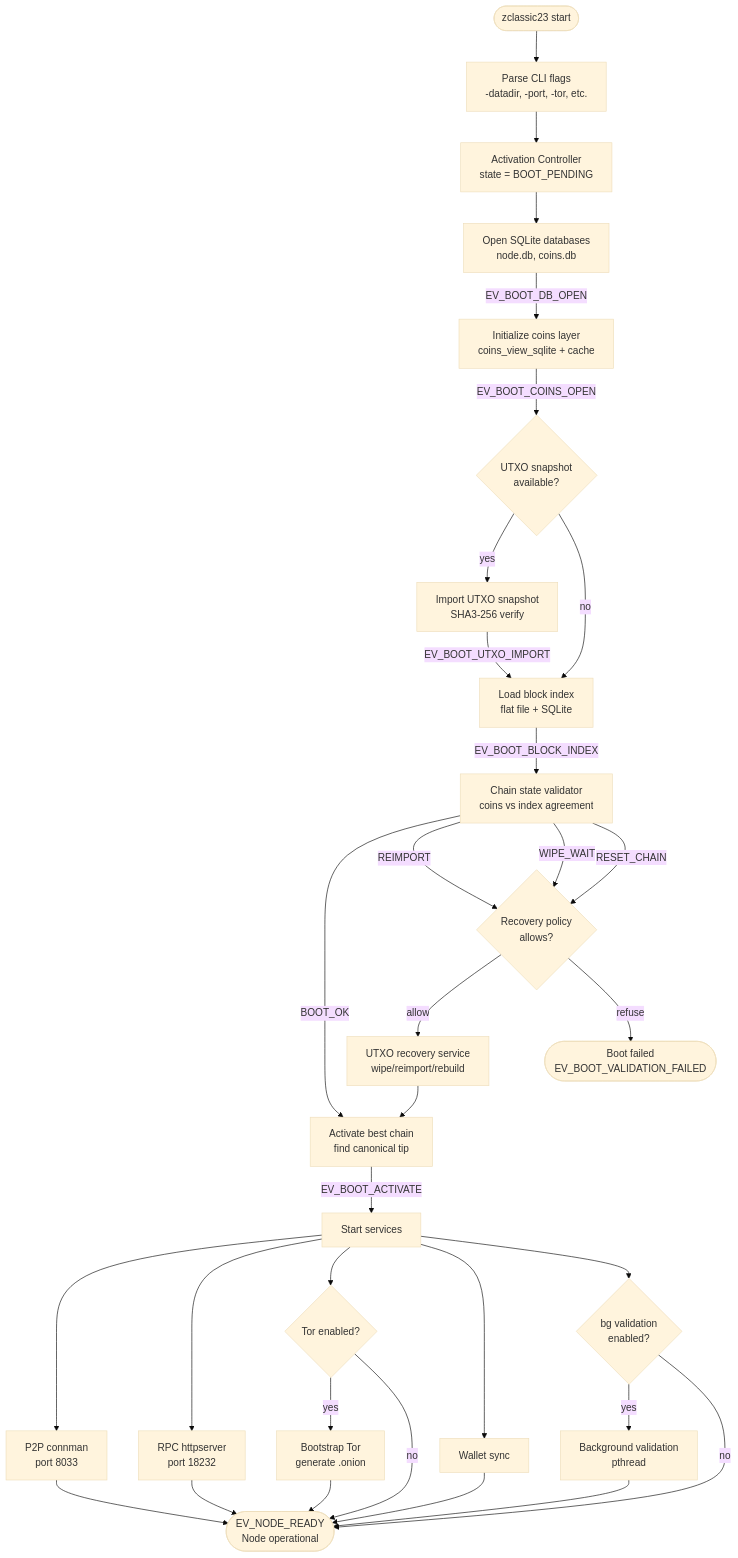
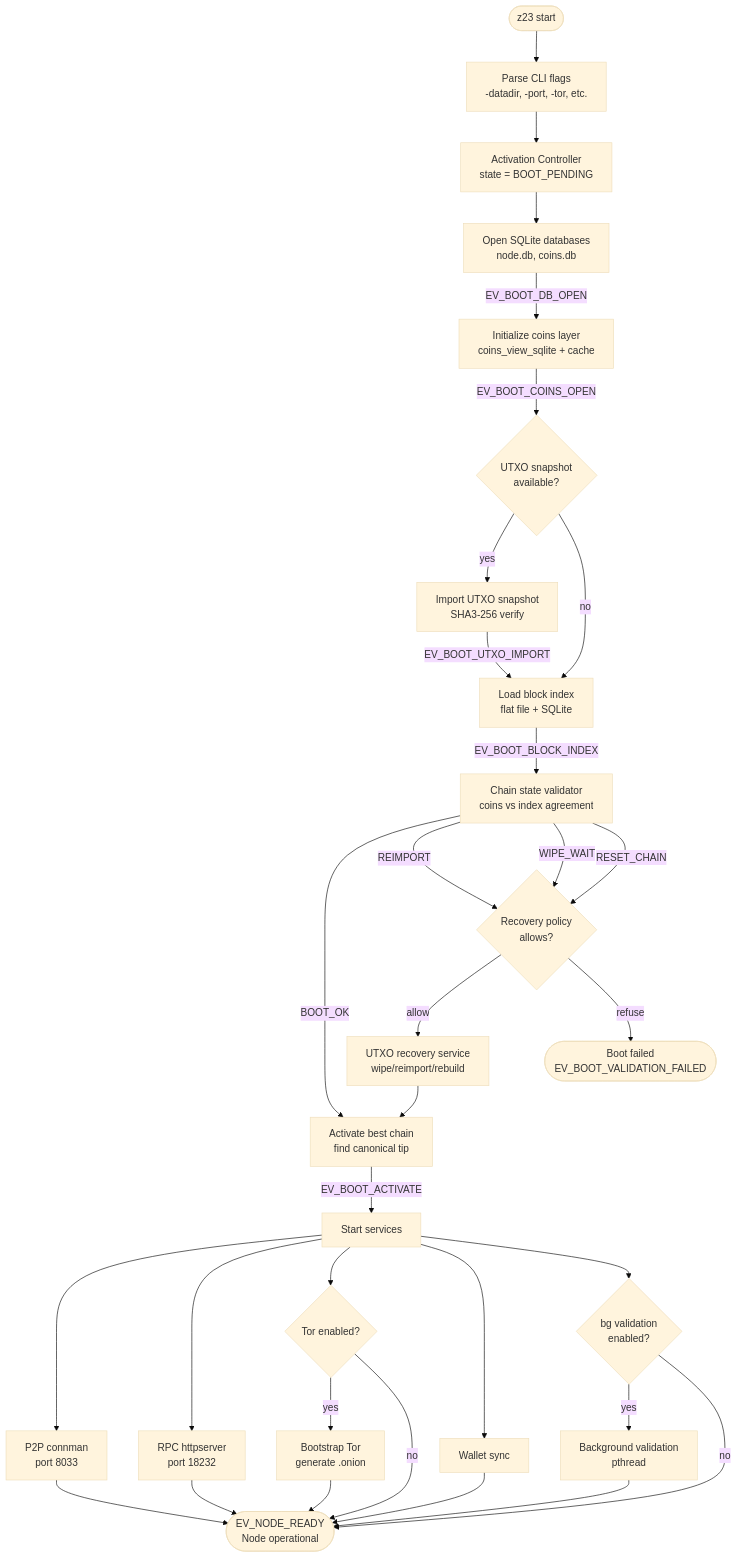
Before and after one commit to ZclassiC23/zclassic: the first of 5 diagrams in docs/ARCHITECTURE_DIAGRAMS.md, drawn with Mermaid (base theme). The commit also changed other lines of this file and 539 other files, not shown here.

````diff
--- a/docs/ARCHITECTURE_DIAGRAMS.md
+++ b/docs/ARCHITECTURE_DIAGRAMS.md
@@ -11,48 +11,48 @@
 ```mermaid
 flowchart TD
-    START([zclassic23 start]) --> PARSE[Parse CLI flags<br/>-datadir, -port, -tor, etc.]
+    START([z23 start]) --> PARSE[Parse CLI flags<br/>-datadir, -port, -tor, etc.]
     PARSE --> ACTIVATION[Activation Controller<br/>state = BOOT_PENDING]
 
     ACTIVATION --> DB_OPEN[Open SQLite databases<br/>node.db, coins.db]
     DB_OPEN -->|EV_BOOT_DB_OPEN| COINS[Initialize coins layer<br/>coins_view_sqlite + cache]
     COINS -->|EV_BOOT_COINS_OPEN| UTXO_CHECK{UTXO snapshot<br/>available?}
 
     UTXO_CHECK -->|yes| UTXO_IMPORT[Import UTXO snapshot<br/>SHA3-256 verify]
     UTXO_CHECK -->|no| BLOCK_INDEX
     UTXO_IMPORT -->|EV_BOOT_UTXO_IMPORT| BLOCK_INDEX
 
     BLOCK_INDEX[Load block index<br/>flat file + SQLite] -->|EV_BOOT_BLOCK_INDEX| CHAIN_VALIDATE
 
     CHAIN_VALIDATE[Chain state validator<br/>coins vs index agreement]
     CHAIN_VALIDATE -->|BOOT_OK| ACTIVATE
     CHAIN_VALIDATE -->|REIMPORT| RECOVERY{Recovery policy<br/>allows?}
     CHAIN_VALIDATE -->|WIPE_WAIT| RECOVERY
     CHAIN_VALIDATE -->|RESET_CHAIN| RECOVERY
 
     RECOVERY -->|allow| UTXO_RECOVERY[UTXO recovery service<br/>wipe/reimport/rebuild]
     RECOVERY -->|refuse| FAIL([Boot failed<br/>EV_BOOT_VALIDATION_FAILED])
     UTXO_RECOVERY --> ACTIVATE
 
     ACTIVATE[Activate best chain<br/>find canonical tip] -->|EV_BOOT_ACTIVATE| SERVICES
 
     SERVICES[Start services]
     SERVICES --> P2P[P2P connman<br/>port 8033]
     SERVICES --> RPC[RPC httpserver<br/>port 18232]
     SERVICES --> TOR{Tor enabled?}
     SERVICES --> WALLET[Wallet sync]
     SERVICES --> BG_VAL{bg validation<br/>enabled?}
 
     TOR -->|yes| TOR_BOOT[Bootstrap Tor<br/>generate .onion]
     TOR -->|no| READY
     TOR_BOOT --> READY
 
     BG_VAL -->|yes| BG_START[Background validation<br/>pthread]
     BG_VAL -->|no| READY
 
     P2P --> READY
     RPC --> READY
     WALLET --> READY
     BG_START --> READY
 
     READY([EV_NODE_READY<br/>Node operational])
 ```
````
